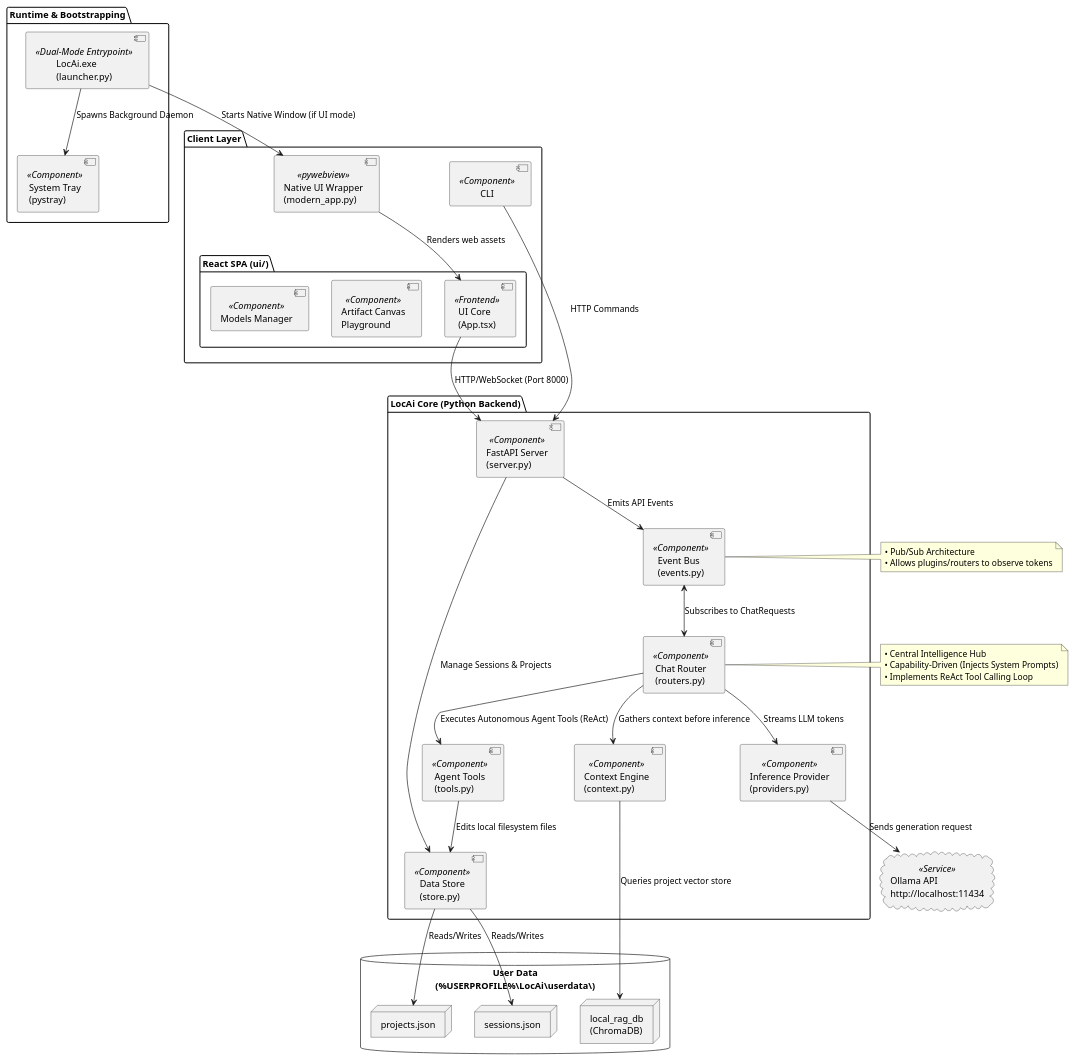
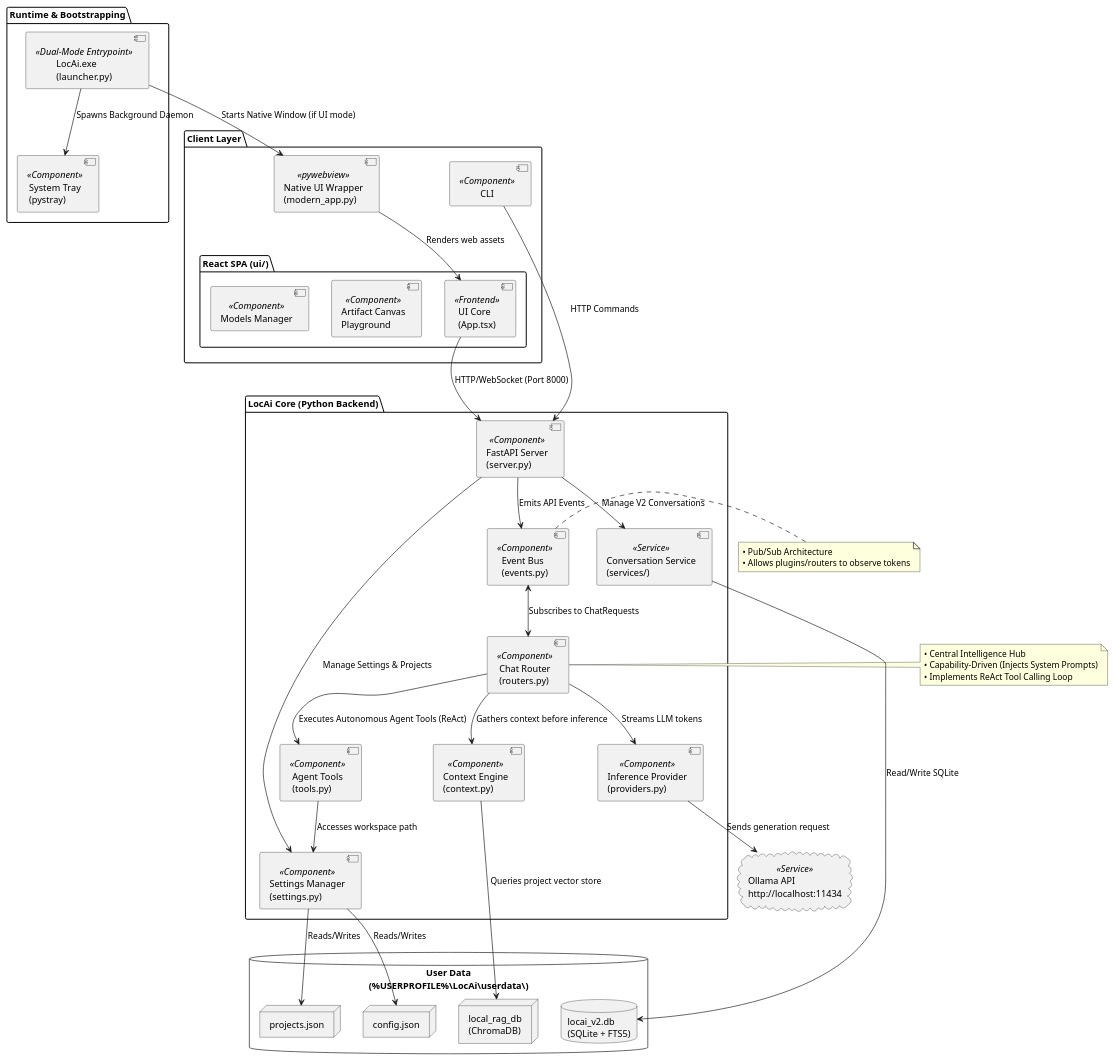
The diagram in architecture.puml (pranavakshit/LocAi), drawn with PlantUML before and after one commit. The commit also changed 5 other files, not shown here.

```diff
--- a/architecture.puml
+++ b/architecture.puml
@@ -1,84 +1,89 @@
 @startuml
 ' ==========================================================
 ' LocAi Architecture vNext – Capability-Driven Agent Platform
 ' ==========================================================
 
 package "LocAi Core (Python Backend)" {
   [FastAPI Server\n(server.py)]    as server     <<Component>>
   [Event Bus\n(events.py)]         as eventbus   <<Component>>
   [Chat Router\n(routers.py)]      as router     <<Component>>
   [Context Engine\n(context.py)]   as context    <<Component>>
   [Inference Provider\n(providers.py)] as provider <<Component>>
-  [Data Store\n(store.py)]         as store      <<Component>>
+  [Settings Manager\n(settings.py)] as settings  <<Component>>
+  [Conversation Service\n(services/)]  as convservice <<Service>>
   [Agent Tools\n(tools.py)]        as tools      <<Component>>
 }
 
 package "Client Layer" {
   [Native UI Wrapper\n(modern_app.py)] as gui <<pywebview>>
   package "React SPA (ui/)" {
     [UI Core\n(App.tsx)] as react <<Frontend>>
     [Artifact Canvas\nPlayground] as canvas <<Component>>
     [Models Manager] as models <<Component>>
   }
   [CLI] as cli <<Component>>
 }
 
 package "Runtime & Bootstrapping" {
   [LocAi.exe\n(launcher.py)] as launcher <<Dual-Mode Entrypoint>>
   [System Tray\n(pystray)] as tray <<Component>>
 }
 
 ' ==========================================================
 ' Internal Data Stores
 ' ==========================================================
 database "User Data\n(%USERPROFILE%\\LocAi\\userdata\\)" {
   node "projects.json" as projects
-  node "sessions.json" as sessions
+  node "config.json" as config
+  database "locai_v2.db\n(SQLite + FTS5)" as db_v2
   node "local_rag_db\n(ChromaDB)" as db
 }
 
 ' ==========================================================
 ' External Services
 ' ==========================================================
 cloud "Ollama API\nhttp://localhost:11434" as ollama <<Service>>
 
 ' ==========================================================
 ' Relationships – Execution Flow
 ' ==========================================================
 launcher --> tray : Spawns Background Daemon
 launcher --> gui : Starts Native Window (if UI mode)
 
 gui --> react : Renders web assets
 react --> server : HTTP/WebSocket (Port 8000)
 cli --> server : HTTP Commands
 
-server --> store : Manage Sessions & Projects
+server --> settings : Manage Settings & Projects
+server --> convservice : Manage V2 Conversations
+convservice --> db_v2 : Read/Write SQLite
+
 server --> eventbus : Emits API Events
 eventbus <--> router : Subscribes to ChatRequests
 
 router --> context : Gathers context before inference
 context --> db : Queries project vector store
 router --> provider : Streams LLM tokens
 provider --> ollama : Sends generation request
 
 router --> tools : Executes Autonomous Agent Tools (ReAct)
-tools --> store : Edits local filesystem files
+tools --> settings : Accesses workspace path
 
-store --> projects : Reads/Writes
-store --> sessions : Reads/Writes
+settings --> projects : Reads/Writes
+settings --> config : Reads/Writes
 
 ' ==========================================================
 ' Additional Notes
 ' ==========================================================
 note right of router
   • Central Intelligence Hub
   • Capability-Driven (Injects System Prompts)
   • Implements ReAct Tool Calling Loop
 end note
 
 note right of eventbus
   • Pub/Sub Architecture
   • Allows plugins/routers to observe tokens
 end note
 
 @enduml
```
